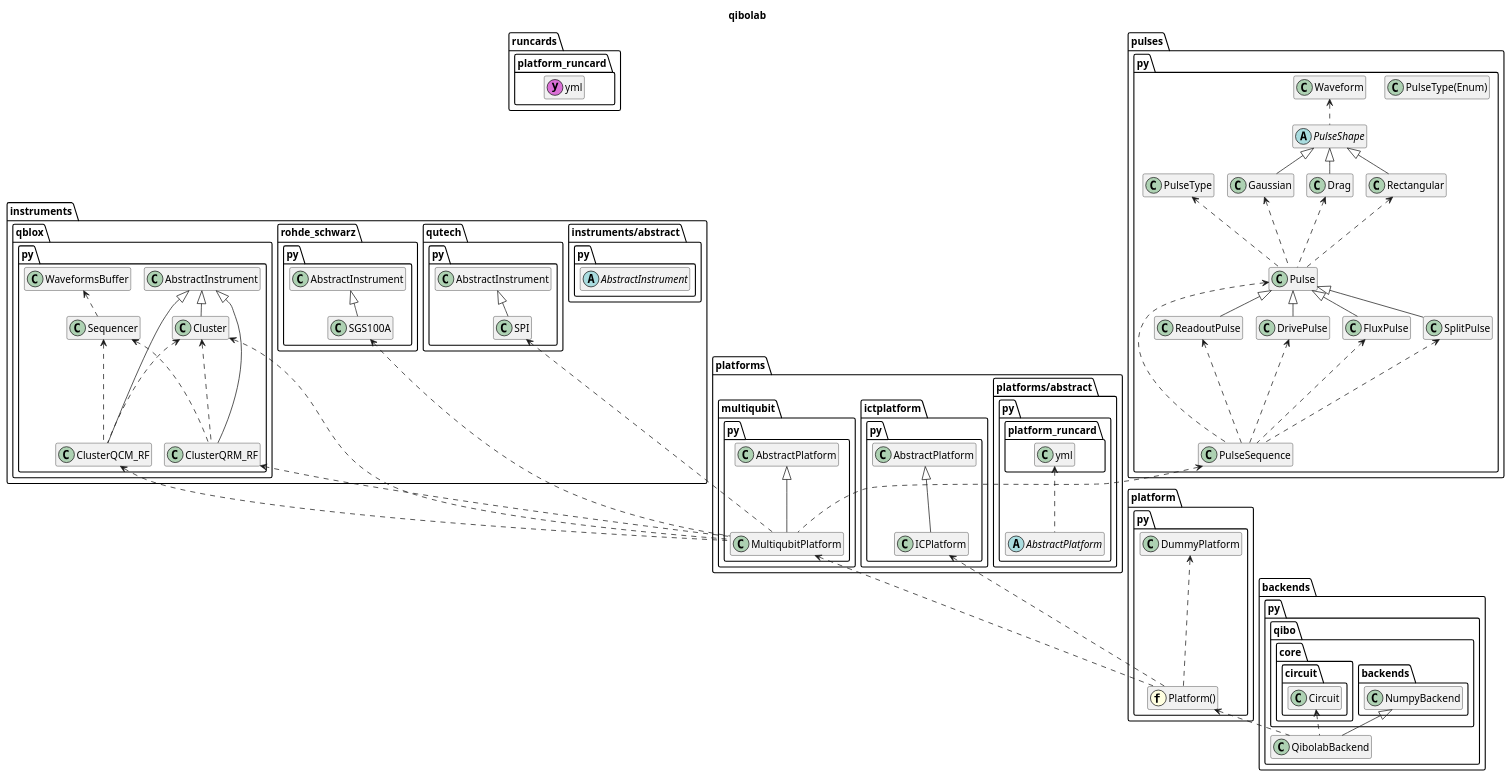
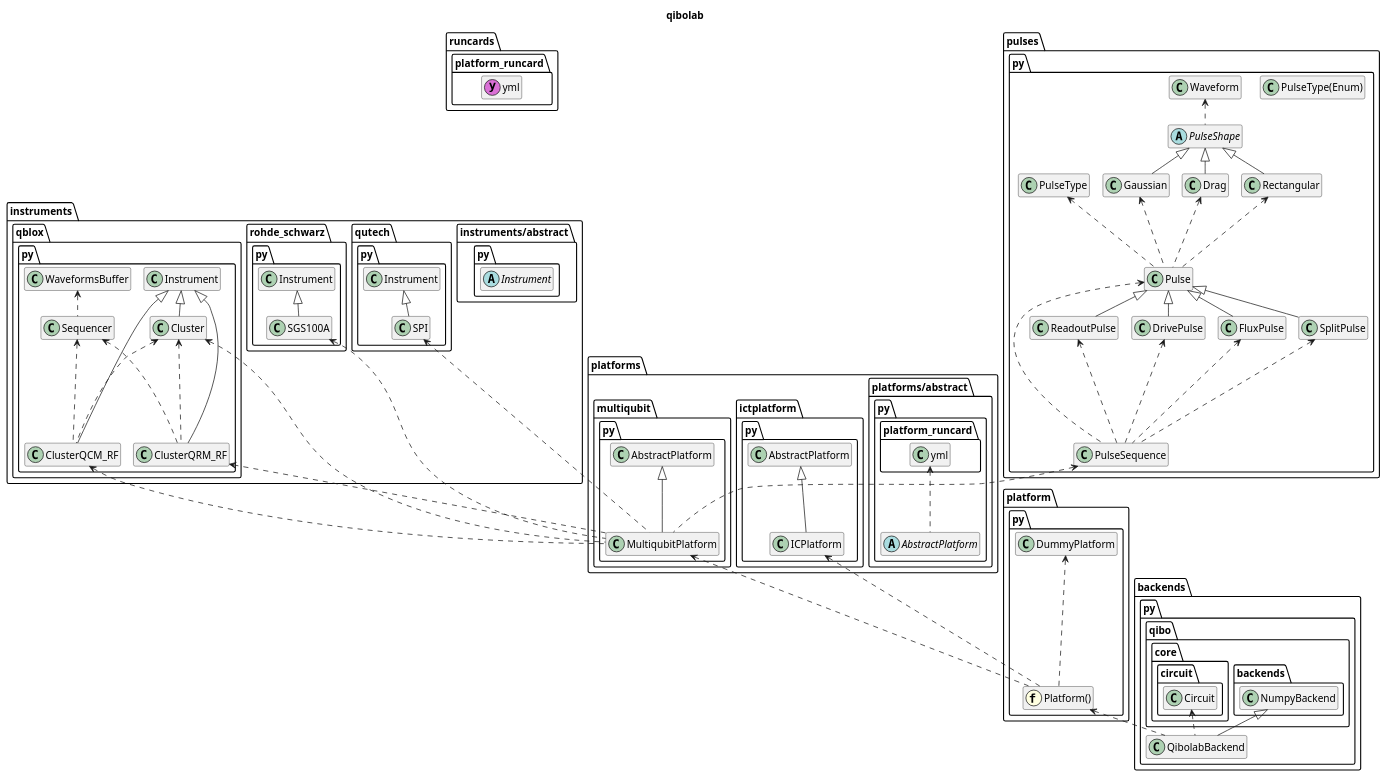
The diagram in doc/diagrams/qibolab.puml (qiboteam/qibolab), drawn with PlantUML before and after one commit. The commit also changed 23 other files, not shown here.

Commit message:
Rename AbstractInstrument to Instrument and implement Port

```diff
--- a/doc/diagrams/qibolab.puml
+++ b/doc/diagrams/qibolab.puml
@@ -18,7 +18,7 @@
 }
 package instruments {
     package instruments/abstract.py{
-        abstract class AbstractInstrument{
+        abstract class Instrument{
             name: str
             address: str
             is_connected: bool
@@ -53,7 +53,7 @@
             --
             __init__(number: int)
         }
-        class Cluster extends AbstractInstrument{
+        class Cluster extends Instrument{
             device: QbloxCluster
             ..
             _device_parameters: dict
@@ -67,7 +67,7 @@
             _set_device_parameter(target, *parameters, value)
             _erase_device_parameters_cache()
         }
-        class ClusterQRM_RF extends AbstractInstrument{
+        class ClusterQRM_RF extends Instrument{
             DEFAULT_SEQUENCERS: dict
             SAMPLING_RATE: int
             device: QbloxQrmQcm
@@ -108,7 +108,7 @@
             _erase_device_parameters_cache()
             _process_acquisition_results(acquisition_results, readout_pulse: Pulse, demodulate=True)
         }
-        class ClusterQCM_RF extends AbstractInstrument{
+        class ClusterQCM_RF extends Instrument{
             DEFAULT_SEQUENCERS: dict
             SAMPLING_RATE: int
             device: QbloxQrmQcm
@@ -149,7 +149,7 @@
         WaveformsBuffer <.. Sequencer
     }
     package rohde_schwarz.py {
-        class SGS100A extends AbstractInstrument {
+        class SGS100A extends Instrument {
             device: LO_SGS100A
             power: int
             frequecy: int
@@ -171,7 +171,7 @@
         }
     }
     package qutech.py {
-        class SPI extends AbstractInstrument {
+        class SPI extends Instrument {
             device: SpiRack
             s4g_modules_settings: dict
             d5a_modules_settings: dict
```
